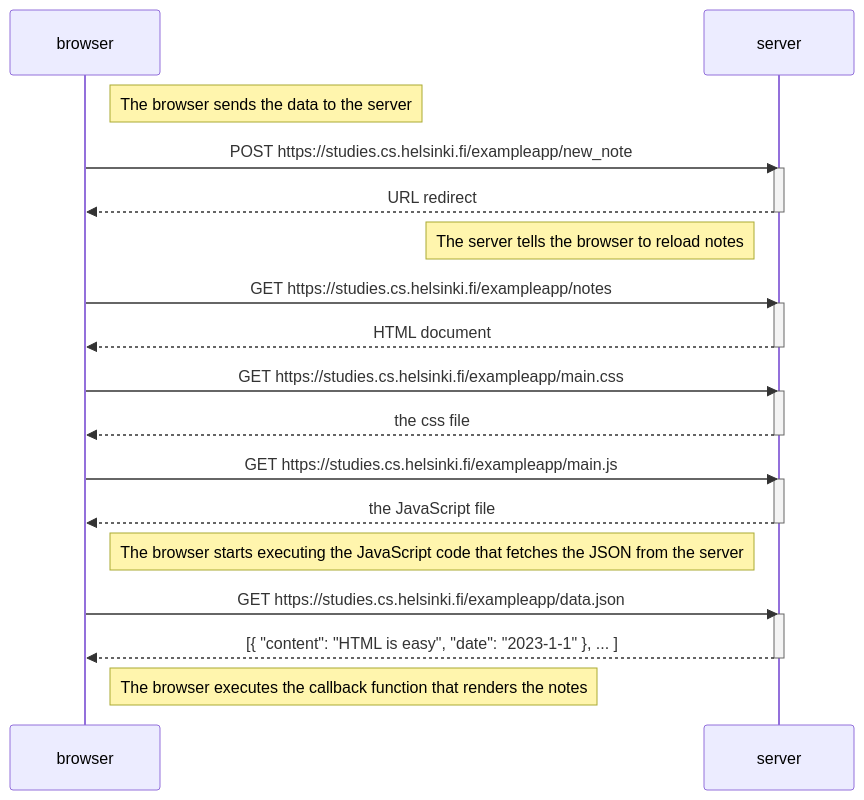
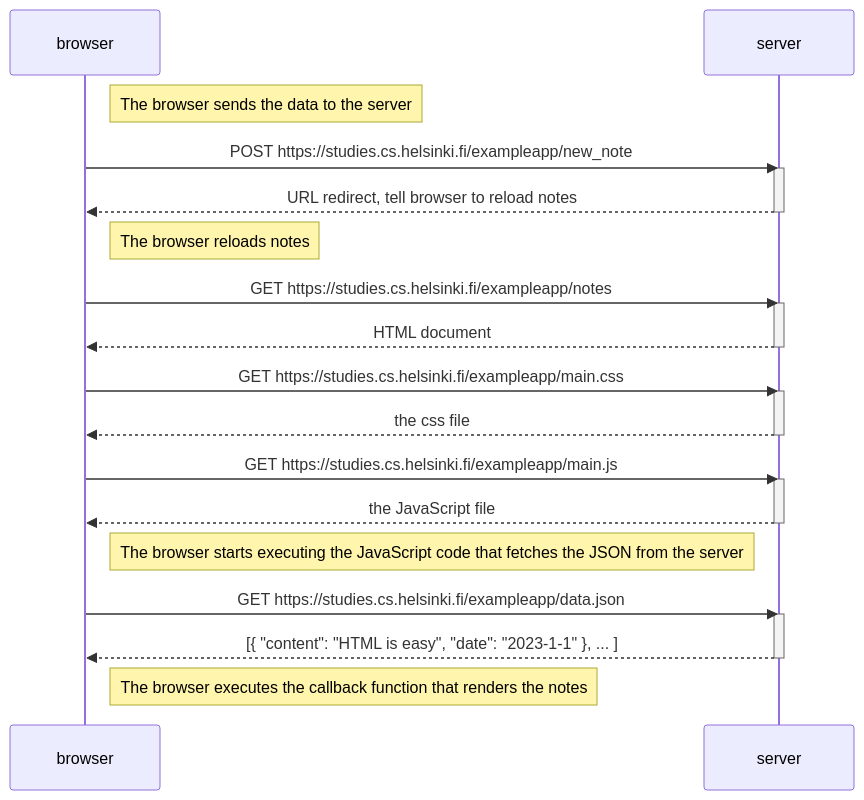
One commit to paulp1871/full-stack-open changed the diagram in part0/0.4-new-note-diagram.md. Above: the diagram before and after it, drawn with Mermaid.

Commit message:
Edit solution for 04

````diff
--- a/part0/0.4-new-note-diagram.md
+++ b/part0/0.4-new-note-diagram.md
@@ -1,38 +1,38 @@
 ```mermaid
     sequenceDiagram
         participant browser
         participant server
 
         Note right of browser: The browser sends the data to the server
 
         browser->>server: POST https://studies.cs.helsinki.fi/exampleapp/new_note
         activate server
-        server-->>browser: URL redirect
+        server-->>browser: URL redirect, tell browser to reload notes
         deactivate server
 
-        Note left of server: The server tells the browser to reload notes
+        Note right of browser: The browser reloads notes
 
         browser->>server: GET https://studies.cs.helsinki.fi/exampleapp/notes
         activate server
         server-->>browser: HTML document
         deactivate server
 
         browser->>server: GET https://studies.cs.helsinki.fi/exampleapp/main.css
         activate server
         server-->>browser: the css file
         deactivate server
 
         browser->>server: GET https://studies.cs.helsinki.fi/exampleapp/main.js
         activate server
         server-->>browser: the JavaScript file
         deactivate server
 
         Note right of browser: The browser starts executing the JavaScript code that fetches the JSON from the server
 
         browser->>server: GET https://studies.cs.helsinki.fi/exampleapp/data.json
         activate server
         server-->>browser: [{ "content": "HTML is easy", "date": "2023-1-1" }, ... ]
         deactivate server
 
         Note right of browser: The browser executes the callback function that renders the notes
 ```
````
